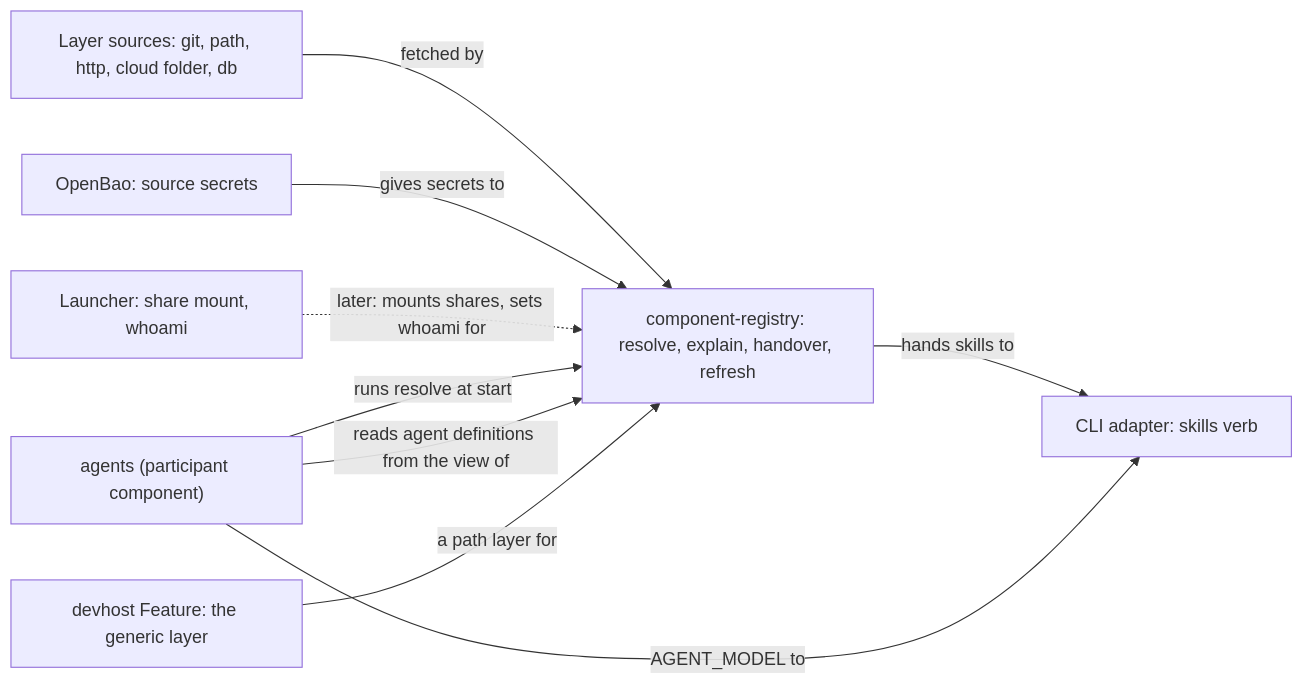
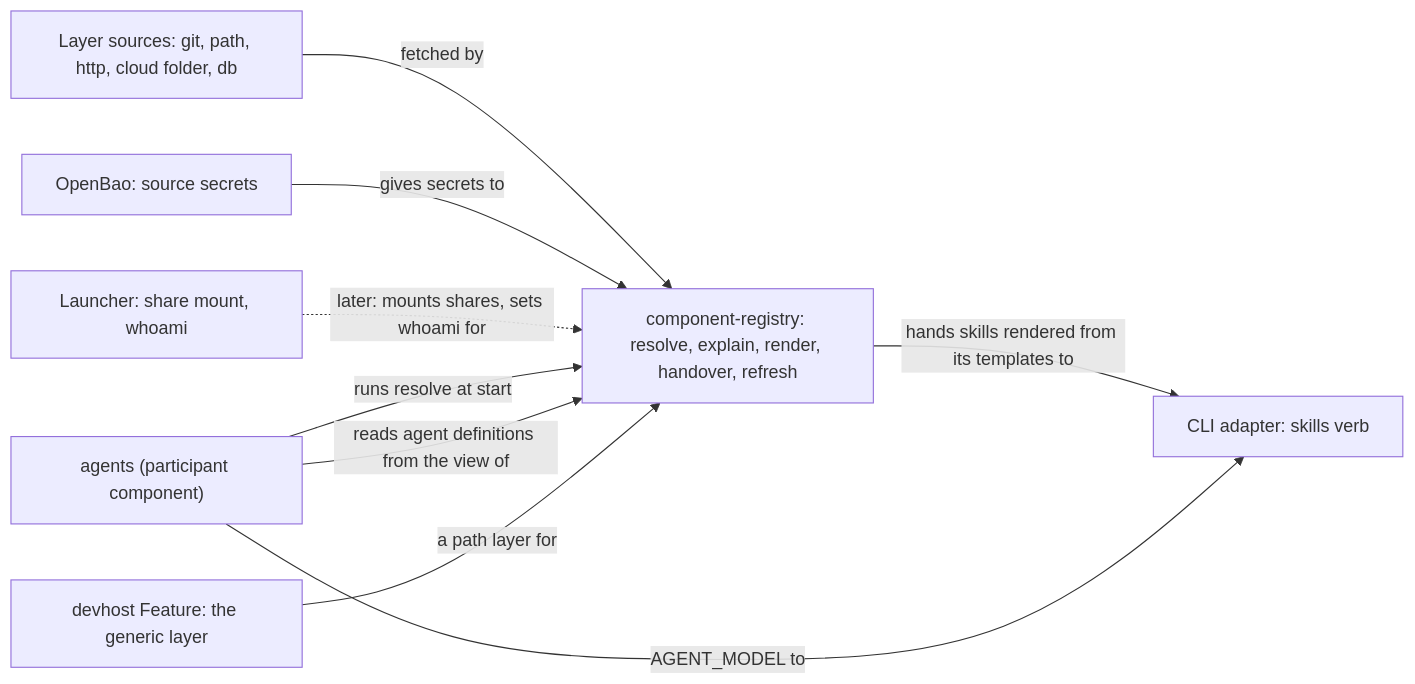
The second of 4 diagrams in docs/model/c4-container.md (nabil-becker/devcontainer-features), drawn with Mermaid before and after one commit. The commit also changed other lines of this file and 27 other files, not shown here.

First line of the commit message:
feat(component-registry): vendor templates rendered by minijinja-cli (component-registry 1.11.0, claude-code 1.14.1; templating-build, ADR-0077) (#232)

````diff
--- a/docs/model/c4-container.md
+++ b/docs/model/c4-container.md
@@ -63,17 +68,17 @@
 ```mermaid
 flowchart LR
-  component-registry["component-registry: resolve, explain, handover, refresh"]
+  component-registry["component-registry: resolve, explain, render, handover, refresh"]
   participant-component["agents (participant component)"]
   cli-adapter["CLI adapter: skills verb"]
   launcher["Launcher: share mount, whoami"]
   master-of-secrets["OpenBao: source secrets"]
   external-sources["Layer sources: git, path, http, cloud folder, db"]
   external-sources -->|fetched by| component-registry
   master-of-secrets -->|gives secrets to| component-registry
   launcher -.->|later: mounts shares, sets whoami for| component-registry
   participant-component -->|runs resolve at start| component-registry
-  component-registry -->|hands skills to| cli-adapter
+  component-registry -->|hands skills rendered from its templates to| cli-adapter
   participant-component -->|reads agent definitions from the view of| component-registry
   participant-component -->|AGENT_MODEL to| cli-adapter
   devhost["devhost Feature: the generic layer"] -->|a path layer for| component-registry
 ```
````
